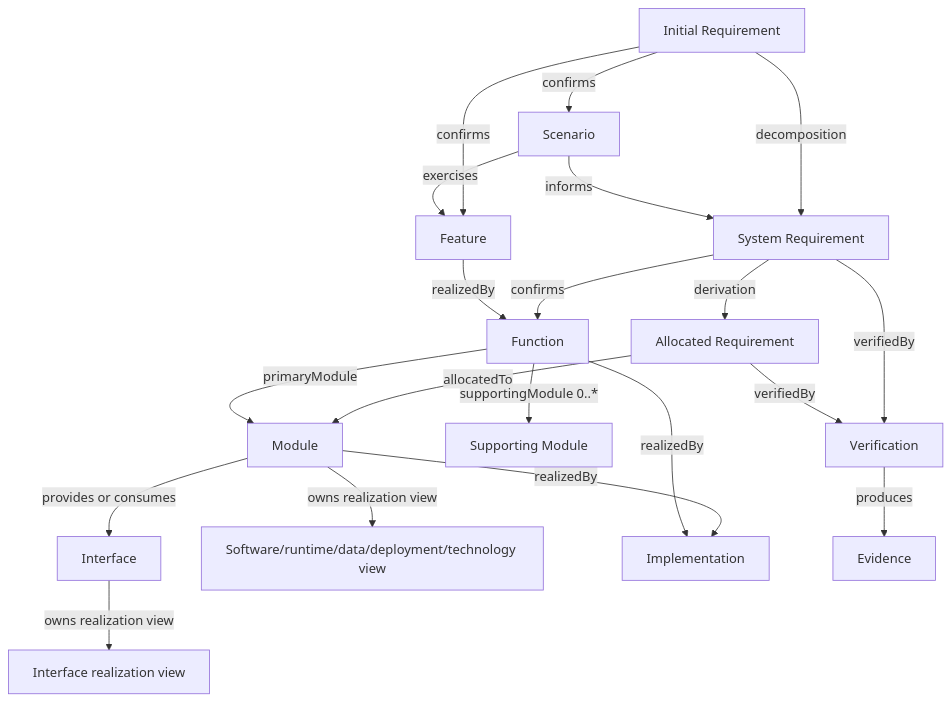
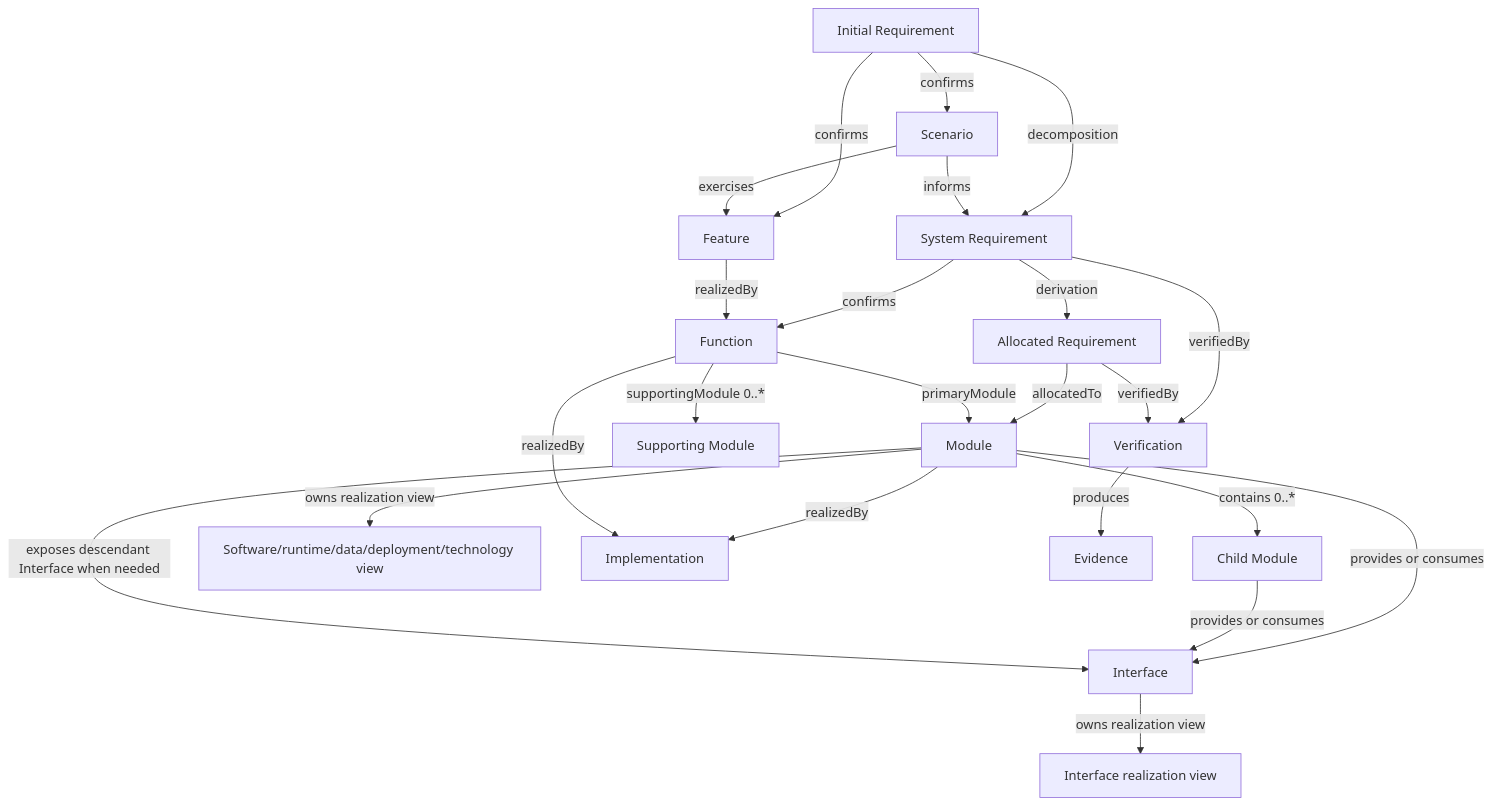
The diagram in rem/models/README.md (xiongxianfei/rigorloop), drawn with Mermaid before and after one commit. The commit also changed other lines of this file and 10 other files, not shown here.

First line of the commit message:
docs(rem): refine architecture ownership and generated view lifecycle

````diff
--- a/rem/models/README.md
+++ b/rem/models/README.md
@@ -16,22 +16,25 @@
 ```mermaid
 flowchart TD
     IR[Initial Requirement] -->|decomposition| SR[System Requirement]
     SR -->|derivation| AR[Allocated Requirement]
     IR -->|confirms| FEAT[Feature]
     IR -->|confirms| SCN[Scenario]
     SCN -->|exercises| FEAT
     SCN -->|informs| SR
     SR -->|confirms| FUNC[Function]
     FEAT -->|realizedBy| FUNC
     AR -->|allocatedTo| MOD[Module]
     FUNC -->|primaryModule| MOD
     FUNC -->|supportingModule 0..*| SMOD[Supporting Module]
+    MOD -->|contains 0..*| CMOD[Child Module]
     MOD -->|provides or consumes| IF[Interface]
+    CMOD -->|provides or consumes| IF
+    MOD -->|exposes descendant Interface when needed| IF
     MOD -->|owns realization view| RV[Software/runtime/data/deployment/technology view]
     IF -->|owns realization view| IRV[Interface realization view]
     MOD -->|realizedBy| IMPL[Implementation]
     FUNC -->|realizedBy| IMPL
     SR -->|verifiedBy| VER[Verification]
     AR -->|verifiedBy| VER
     VER -->|produces| EV[Evidence]
 ```
````
